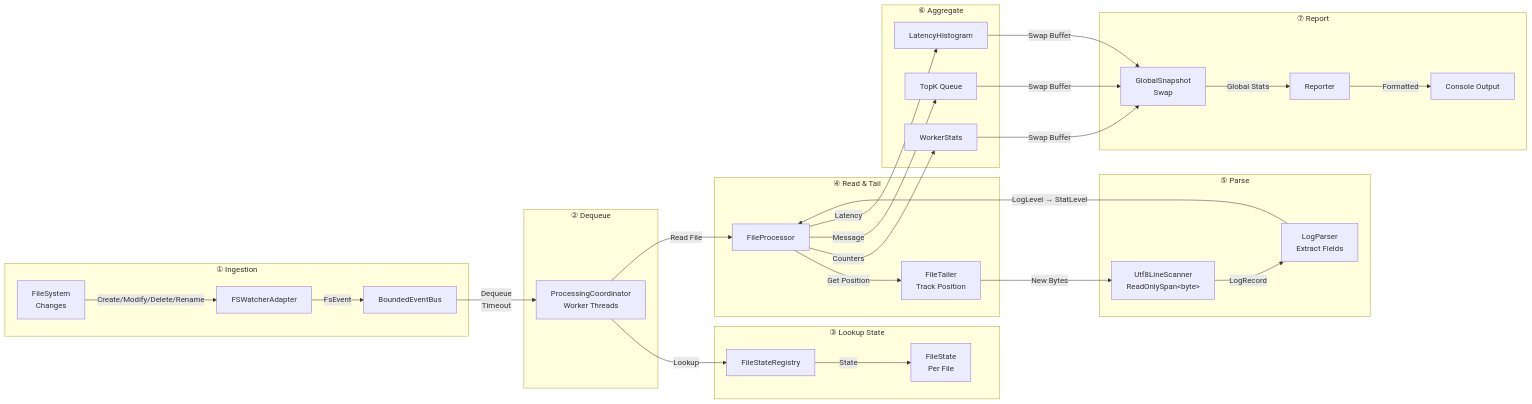
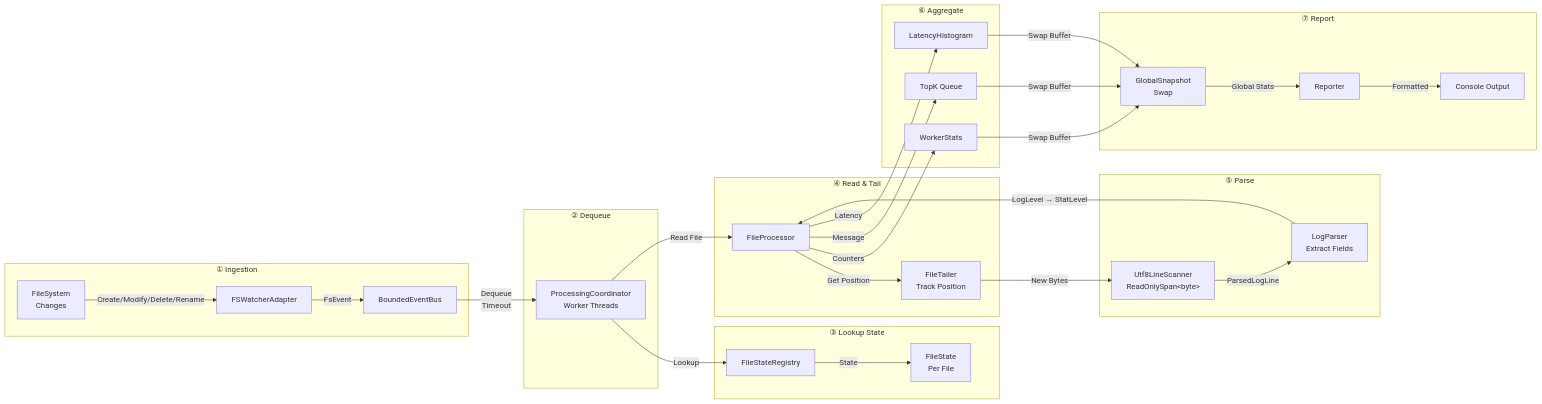
One commit to jvspeed74/LogWatcher changed the second of 8 diagrams in docs/system_diagram.md. Above: the diagram before and after it, drawn with Mermaid. The commit also changed other lines of this file, not shown here.

First line of the commit message:
Fix pre-existing inaccuracies in system_diagram.md

````diff
--- a/docs/system_diagram.md
+++ b/docs/system_diagram.md
@@ -91,59 +91,59 @@
 ```mermaid
 graph LR
     subgraph Ingestion["① Ingestion"]
         A["FileSystem<br/>Changes"]
         B["FSWatcherAdapter"]
         C["BoundedEventBus"]
     end
 
     subgraph Dequeue["② Dequeue"]
         D["ProcessingCoordinator<br/>Worker Threads"]
     end
 
     subgraph Lookup["③ Lookup State"]
         E["FileStateRegistry"]
         F["FileState<br/>Per File"]
     end
 
     subgraph Read["④ Read & Tail"]
         G["FileProcessor"]
         H["FileTailer<br/>Track Position"]
     end
 
     subgraph Parse["⑤ Parse"]
         I["Utf8LineScanner<br/>ReadOnlySpan&lt;byte&gt;"]
         J["LogParser<br/>Extract Fields"]
     end
 
     subgraph Aggregate["⑥ Aggregate"]
         K["WorkerStats"]
         L["TopK Queue"]
         M["LatencyHistogram"]
     end
 
     subgraph Report["⑦ Report"]
         N["GlobalSnapshot<br/>Swap"]
         O["Reporter"]
         P["Console Output"]
     end
 
     A -->|Create/Modify/Delete/Rename| B
     B -->|FsEvent| C
     C -->|Dequeue<br/>Timeout| D
     D -->|Lookup| E
     E -->|State| F
     D -->|Read File| G
     G -->|Get Position| H
     H -->|New Bytes| I
-    I -->|LogRecord| J
+    I -->|ParsedLogLine| J
     J -->|LogLevel → StatLevel| G
     G -->|Counters| K
     G -->|Message| L
     G -->|Latency| M
     K -->|Swap Buffer| N
     L -->|Swap Buffer| N
     M -->|Swap Buffer| N
     N -->|Global Stats| O
     O -->|Formatted| P
 
 ```
````
